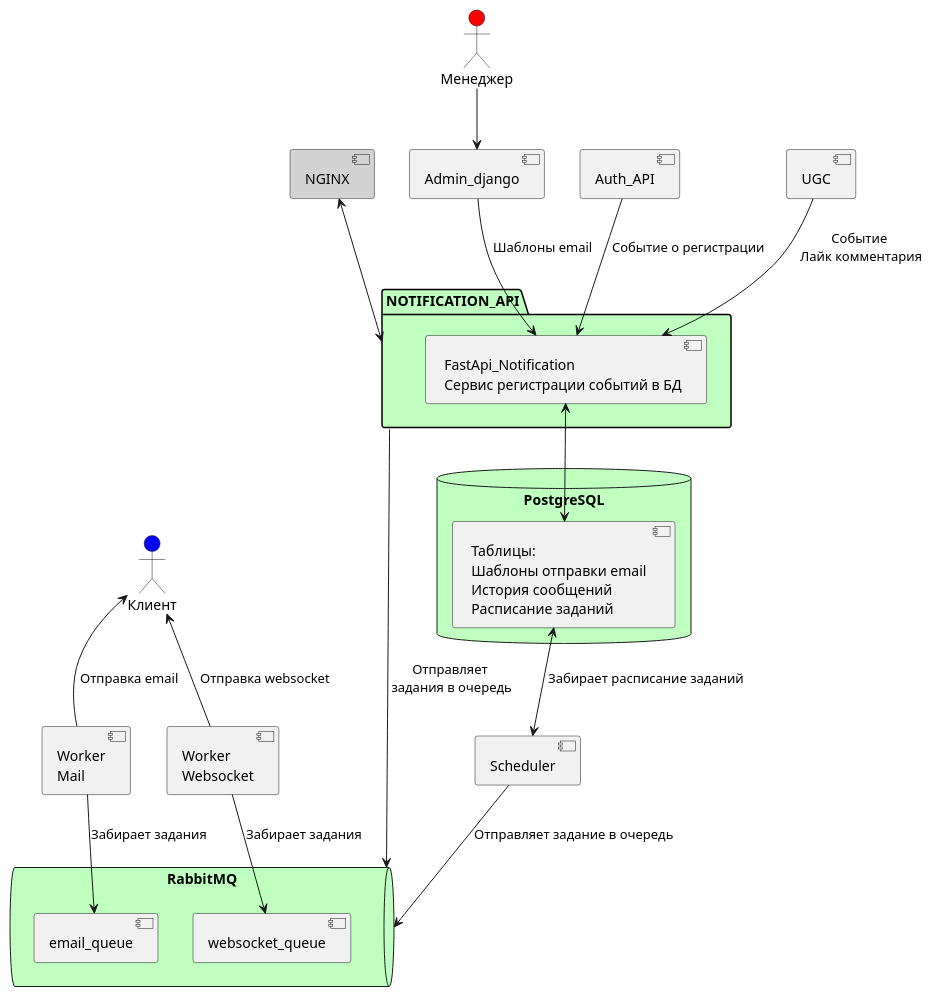
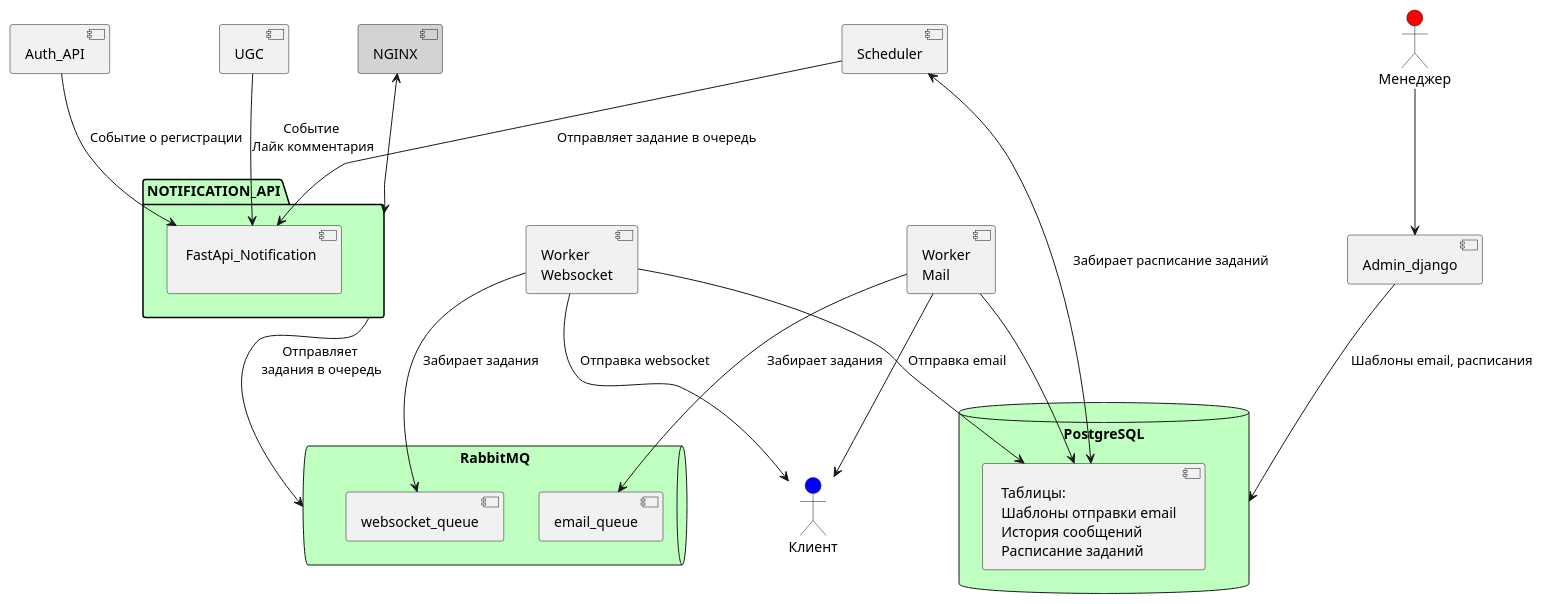
One commit to krvlr/notifications_sprint_1 changed the diagram in arch/notification.puml. Above: the diagram before and after it, drawn with PlantUML. The commit also changed 9 other files, not shown here.

```diff
--- a/arch/notification.puml
+++ b/arch/notification.puml
@@ -1,48 +1,49 @@
 @startuml
 skinparam componentStyle uml2
 skinparam PackageBackgroundColor #bfffc0
 actor Клиент as Client #Blue
 actor Менеджер as Manager #Red
 
 component NGINX #LightGrey
 
 
 component Admin_django
 
 
 component Auth_API
 component UGC
 component Scheduler
 
 queue "RabbitMQ" as Rabbit {
 component email_queue
 component websocket_queue
 }
 
 database "PostgreSQL" as notification_postgres{
 component " Таблицы:\n Шаблоны отправки email \n История сообщений \n Расписание заданий" as Table
 }
 component "Worker\nMail" as WorkerMail
 component "Worker\nWebsocket" as WorkerWebsocket
 package NOTIFICATION_API {
-component " FastApi_Notification\n Сервис регистрации событий в БД" as FastApi_Notification
+component " FastApi_Notification\n" as FastApi_Notification
 
 }
 
 NGINX<-->NOTIFICATION_API
 Auth_API-->FastApi_Notification: Событие о регистрации
 UGC-->FastApi_Notification: "Событие \nЛайк комментария"
 NOTIFICATION_API-->Rabbit: "Отправляет\n задания в очередь"
-Table<-up->FastApi_Notification
 Manager-->Admin_django
-Admin_django-->FastApi_Notification: Шаблоны email
+Admin_django-->notification_postgres: Шаблоны email, расписания
 
 
 WorkerMail-->email_queue:Забирает задания
 WorkerWebsocket-->websocket_queue:Забирает задания
-WorkerMail-up->Client:Отправка email
-WorkerWebsocket-up->Client:Отправка websocket
+WorkerMail-->Client:Отправка email
+WorkerMail-->Table
+WorkerWebsocket-->Client:Отправка websocket
+WorkerWebsocket-->Table
 
-Scheduler<-up->Table: Забирает расписание заданий
-Scheduler-->Rabbit: Отправляет задание в очередь
+Scheduler<-->Table: Забирает расписание заданий
+Scheduler-->FastApi_Notification: Отправляет задание в очередь
 @enduml
```
